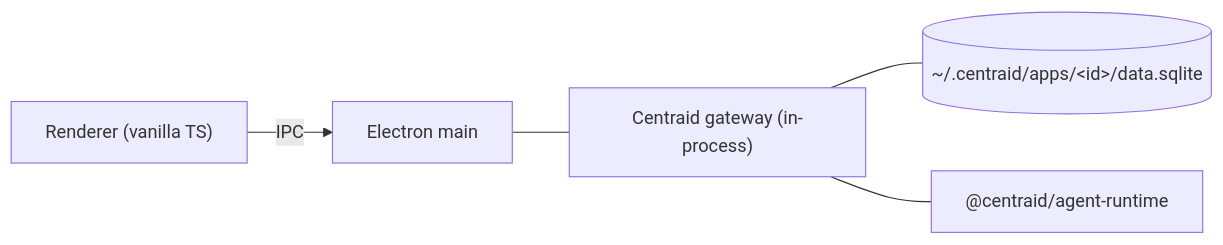
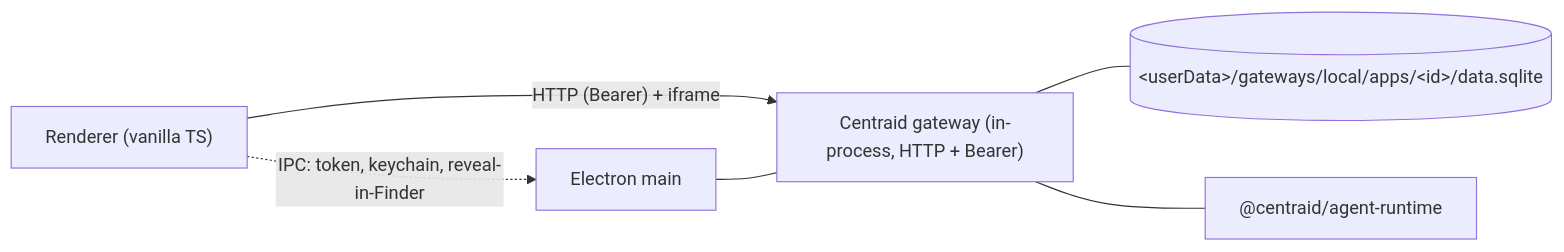
One commit to srikanth235/centraid changed the diagram in docs/deploy/local.mdx. Above: the diagram before and after it, drawn with Mermaid. The commit also changed other lines of this file and 53 other files, not shown here.

````diff
--- a/docs/deploy/local.mdx
+++ b/docs/deploy/local.mdx
@@ -14,13 +17,14 @@
 ```mermaid
 flowchart LR
   Renderer["Renderer (vanilla TS)"]
   Main["Electron main"]
-  Gateway["Centraid gateway (in-process)"]
-  Sqlite[("~/.centraid/apps/&lt;id&gt;/data.sqlite")]
+  Gateway["Centraid gateway (in-process, HTTP + Bearer)"]
+  Sqlite[("&lt;userData&gt;/gateways/local/apps/&lt;id&gt;/data.sqlite")]
   Agent["@centraid/agent-runtime"]
 
-  Renderer -- "IPC" --> Main
+  Renderer -- "HTTP (Bearer) + iframe" --> Gateway
+  Renderer -. "IPC: token, keychain, reveal-in-Finder" .-> Main
   Main --- Gateway
   Gateway --- Sqlite
   Gateway --- Agent
 ```
````
